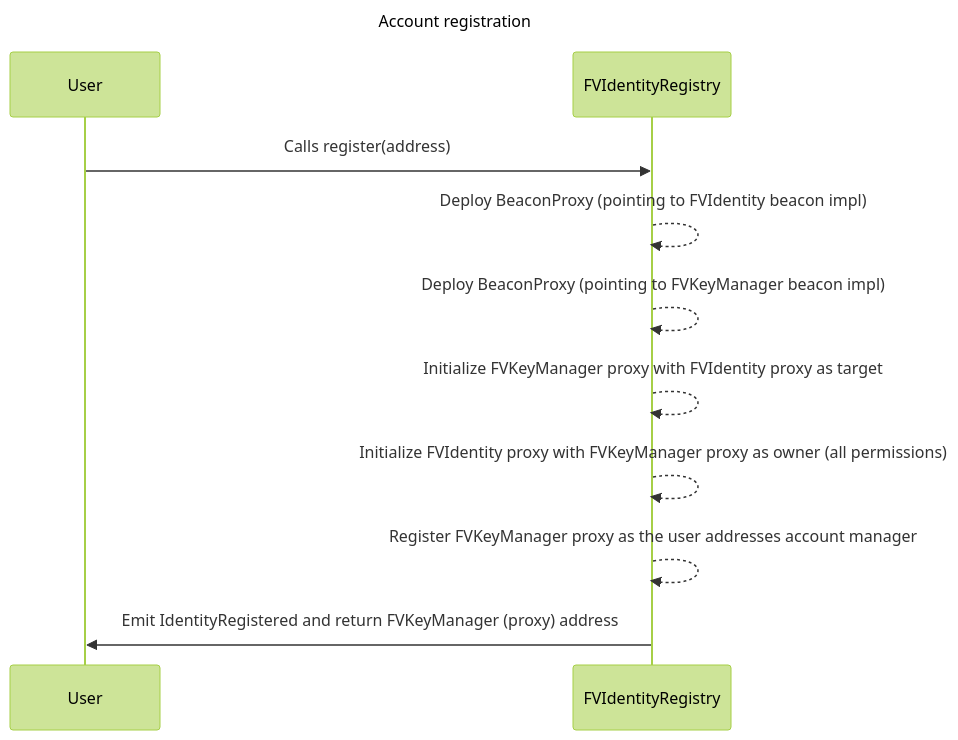
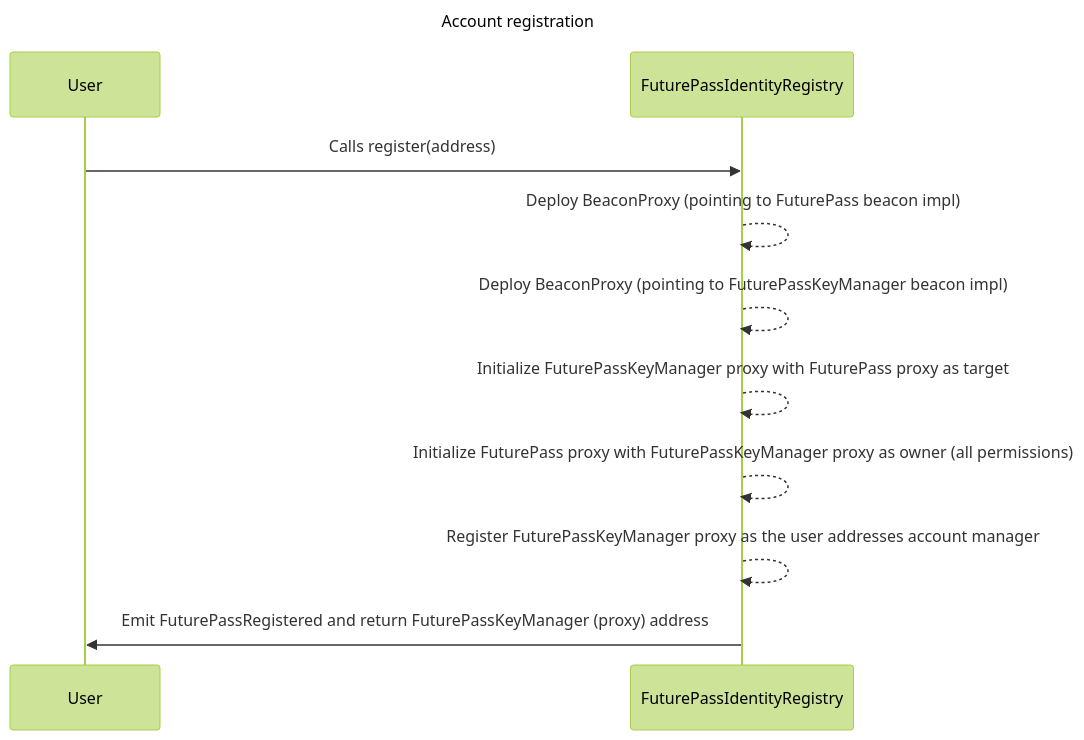
The second of 2 diagrams in README.md (futureversecom/fv-wallet), drawn with Mermaid (forest theme) before and after one commit. The commit also changed other lines of this file and 14 other files, not shown here.

````diff
--- a/README.md
+++ b/README.md
@@ -91,15 +91,15 @@
 ```mermaid
 sequenceDiagram
   title Account registration
 
   participant User
-  participant Registry as FVIdentityRegistry
+  participant Registry as FuturePassIdentityRegistry
 
   User ->> Registry: Calls register(address)
-  Registry -->> Registry: Deploy BeaconProxy (pointing to FVIdentity beacon impl)
-  Registry -->> Registry: Deploy BeaconProxy (pointing to FVKeyManager beacon impl)
-  Registry -->> Registry: Initialize FVKeyManager proxy with FVIdentity proxy as target
-  Registry -->> Registry: Initialize FVIdentity proxy with FVKeyManager proxy as owner (all permissions)
-  Registry -->> Registry: Register FVKeyManager proxy as the user addresses account manager
-  Registry ->> User: Emit IdentityRegistered and return FVKeyManager (proxy) address 
+  Registry -->> Registry: Deploy BeaconProxy (pointing to FuturePass beacon impl)
+  Registry -->> Registry: Deploy BeaconProxy (pointing to FuturePassKeyManager beacon impl)
+  Registry -->> Registry: Initialize FuturePassKeyManager proxy with FuturePass proxy as target
+  Registry -->> Registry: Initialize FuturePass proxy with FuturePassKeyManager proxy as owner (all permissions)
+  Registry -->> Registry: Register FuturePassKeyManager proxy as the user addresses account manager
+  Registry ->> User: Emit FuturePassRegistered and return FuturePassKeyManager (proxy) address 
 ```
````
